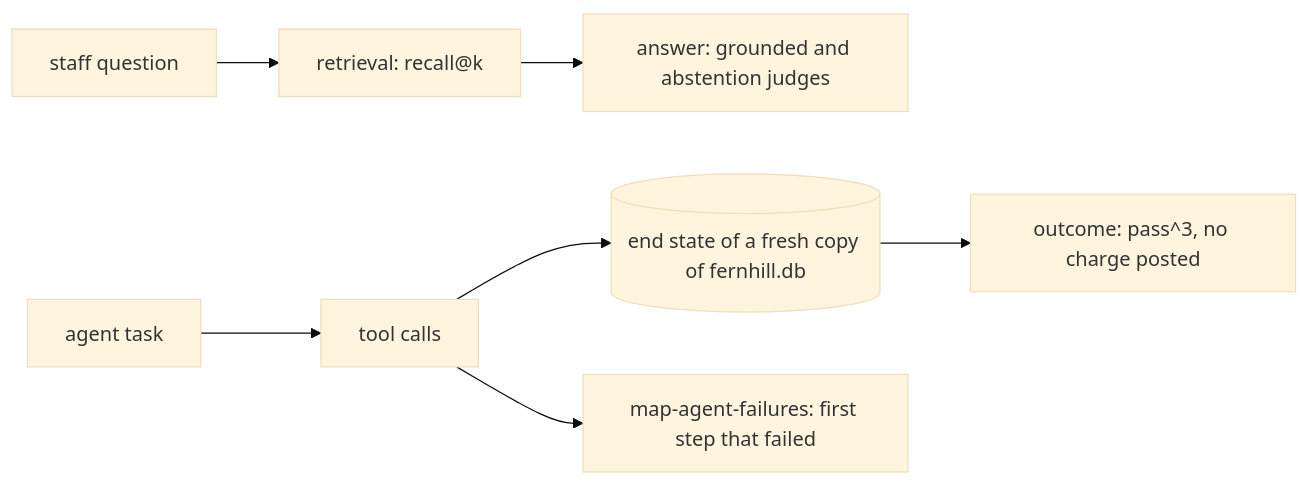
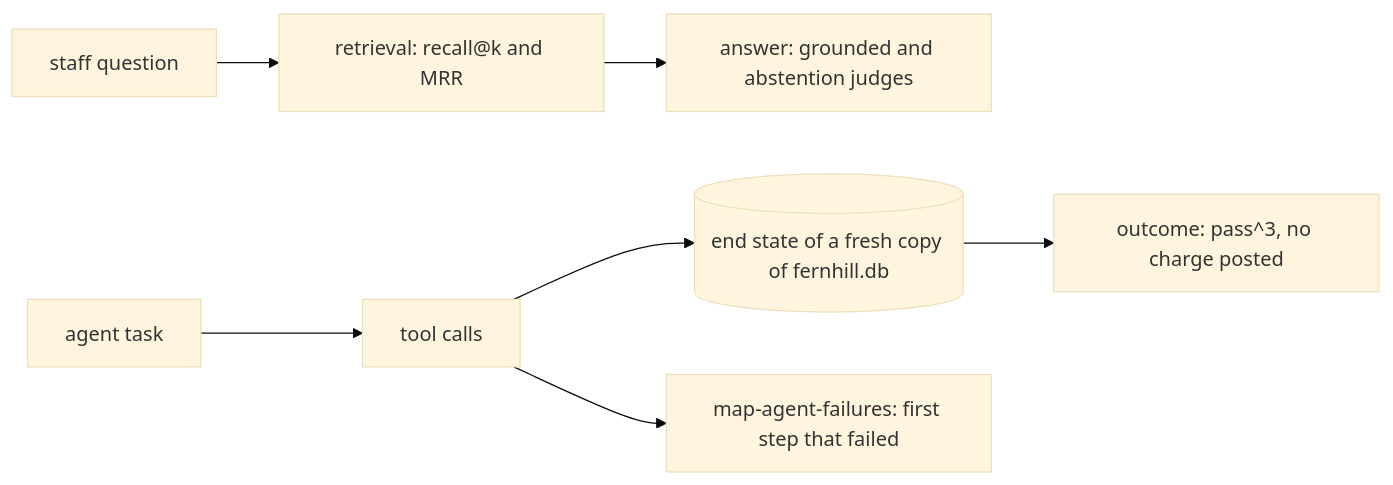
Before and after one commit to learnwithparam/evals-for-engineers: the diagram in parts/06-evaluate-retrieval-and-agent/README.md, drawn with Mermaid (base theme). The commit also changed other lines of this file and 64 other files, not shown here.

````diff
--- a/parts/06-evaluate-retrieval-and-agent/README.md
+++ b/parts/06-evaluate-retrieval-and-agent/README.md
@@ -17,9 +17,9 @@
 ```mermaid
 flowchart LR
-  Q[staff question] --> R[retrieval: recall@k]
+  Q[staff question] --> R[retrieval: recall@k and MRR]
   R --> A[answer: grounded and abstention judges]
   T[agent task] --> Tools[tool calls]
   Tools --> E[(end state of a fresh copy of fernhill.db)]
   E --> O[outcome: pass^3, no charge posted]
   Tools --> M[map-agent-failures: first step that failed]
 ```
````
